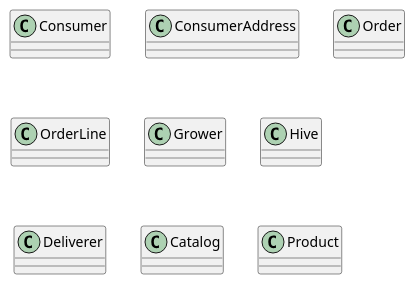
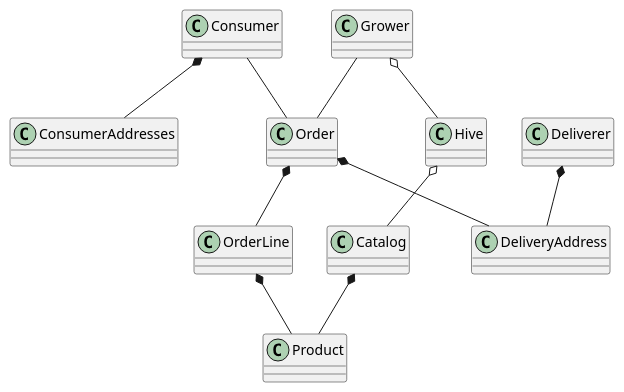
One commit to buba71/breengrow-backend changed the diagram in diagram.puml. Above: the diagram before and after it, drawn with PlantUML. The commit also changed 3 other files, not shown here.

```diff
--- a/diagram.puml
+++ b/diagram.puml
@@ -1,12 +1,46 @@
 @startuml
 class Consumer
-class ConsumerAddress
-class Order
-class OrderLine
+class ConsumerAddresses
+
 class Grower
 class Hive
 class Deliverer
+
+
+class DeliveryAddress
+
+Together {
+class Order
+class OrderLine
+class Product
 class Catalog
-class Product
+}
+
+Together {
+class DeliveryAddress
+class Deliverer
+}
+
+Consumer *-- ConsumerAddresses
+Grower o-- Hive
+
+Order *-- OrderLine
+
+Catalog *-- Product
+
+OrderLine *-- Product
+
+Consumer -- Order
+
+Grower -- Order
+
+Order *-- DeliveryAddress
+
+Deliverer *-- DeliveryAddress
+
+Hive o-- Catalog
+
+
+
 
 @enduml
```
